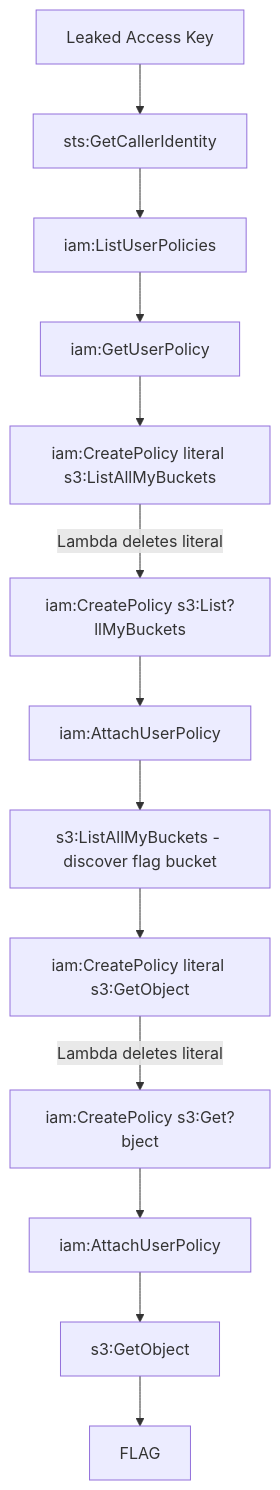
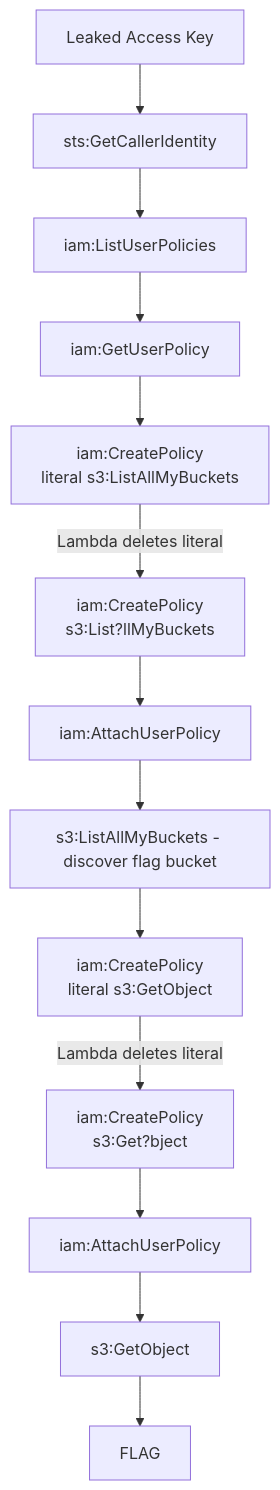
One commit to Beaver-Dam-Community/GnawLab changed the diagram in scenarios/aws/06-misconfiguration/obfuscated-policy/README.md. Above: the diagram before and after it, drawn with Mermaid. The commit also changed other lines of this file and 1 other file, not shown here.

````diff
--- a/scenarios/aws/06-misconfiguration/obfuscated-policy/README.md
+++ b/scenarios/aws/06-misconfiguration/obfuscated-policy/README.md
@@ -59,15 +59,15 @@
 ```mermaid
 flowchart TB
     A[Leaked Access Key] --> B[sts:GetCallerIdentity]
     B --> C[iam:ListUserPolicies]
     C --> D[iam:GetUserPolicy]
-    D --> E[iam:CreatePolicy literal s3:ListAllMyBuckets]
-    E -->|Lambda deletes literal| F[iam:CreatePolicy s3:List?llMyBuckets]
+    D --> E["iam:CreatePolicy<br/>literal s3:ListAllMyBuckets"]
+    E -->|Lambda deletes literal| F["iam:CreatePolicy<br/>s3:List?llMyBuckets"]
     F --> G[iam:AttachUserPolicy]
     G --> H[s3:ListAllMyBuckets - discover flag bucket]
-    H --> I[iam:CreatePolicy literal s3:GetObject]
-    I -->|Lambda deletes literal| J[iam:CreatePolicy s3:Get?bject]
+    H --> I["iam:CreatePolicy<br/>literal s3:GetObject"]
+    I -->|Lambda deletes literal| J["iam:CreatePolicy<br/>s3:Get?bject"]
     J --> K[iam:AttachUserPolicy]
     K --> L[s3:GetObject]
     L --> M[FLAG]
 ```
````
